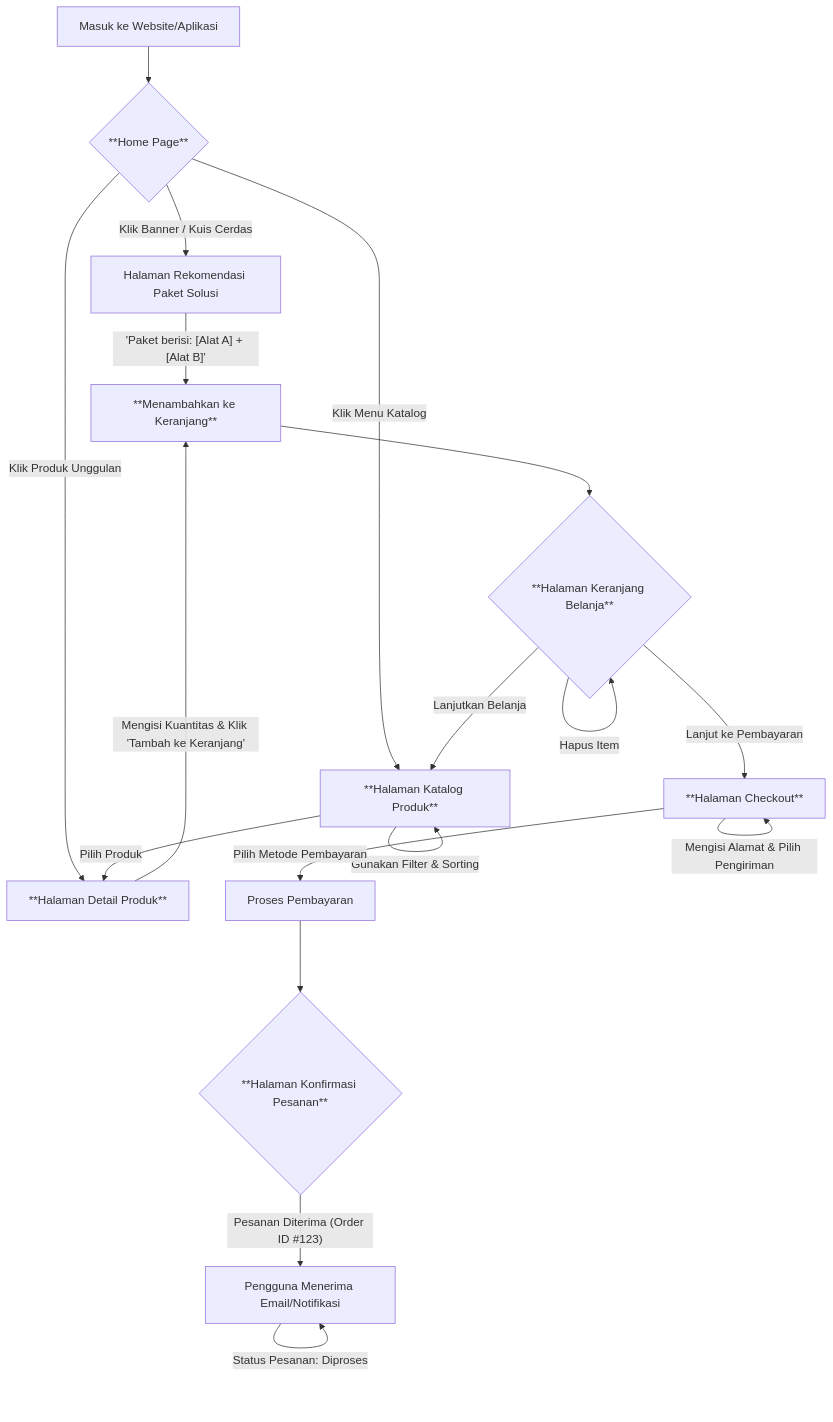
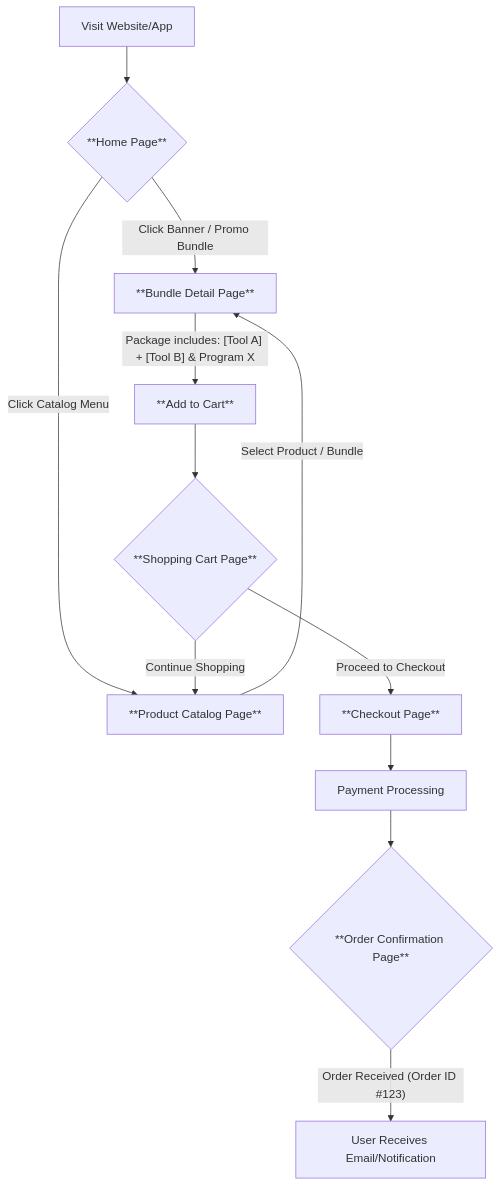
Before and after one commit to CakraSera/Fitlex: the diagram in README.md, drawn with Mermaid. The commit also changed other lines of this file and 3 other files, not shown here.

````diff
--- a/README.md
+++ b/README.md
@@ -35,26 +68,20 @@
 ```mermaid
 graph TD
-    A[Masuk ke Website/Aplikasi] --> B{**Home Page**};
+    A[Visit Website/App] --> B{**Home Page**};
 
-    B -- Klik Banner / Kuis Cerdas --> C[Halaman Rekomendasi Paket Solusi];
-    B -- Klik Menu Katalog --> D[**Halaman Katalog Produk**];
-    B -- Klik Produk Unggulan --> E[**Halaman Detail Produk**];
+    B -- Click Banner / Promo Bundle --> C[**Bundle Detail Page**];
+    B -- Click Catalog Menu --> D[**Product Catalog Page**];
 
-    D -- Gunakan Filter & Sorting --> D;
-    D -- Pilih Produk --> E;
+    D -- Select Product / Bundle --> C;
 
-    C -- 'Paket berisi: [Alat A] + [Alat B]' --> F[**Menambahkan ke Keranjang**];
-    E -- Mengisi Kuantitas & Klik 'Tambah ke Keranjang' --> F;
+    C -- "Package includes: [Tool A] + [Tool B] & Program X" --> F[**Add to Cart**];
 
-    F --> G{**Halaman Keranjang Belanja**};
-    G -- "Lanjutkan Belanja" --> D;
-    G -- "Lanjut ke Pembayaran" --> H[**Halaman Checkout**];
-    G -- Hapus Item --> G;
+    F --> G{**Shopping Cart Page**};
+    G -- "Continue Shopping" --> D;
+    G -- "Proceed to Checkout" --> H[**Checkout Page**];
 
-    H -- Mengisi Alamat & Pilih Pengiriman --> H;
-    H -- Pilih Metode Pembayaran --> I[Proses Pembayaran];
+    H --> I[Payment Processing];
 
-    I --> J{**Halaman Konfirmasi Pesanan**};
-    J -- "Pesanan Diterima (Order ID #123)" --> K[Pengguna Menerima Email/Notifikasi];
-    K -- "Status Pesanan: Diproses" --> K;
+    I --> J{**Order Confirmation Page**};
+    J -- "Order Received (Order ID #123)" --> K[User Receives Email/Notification];
 ```
````
